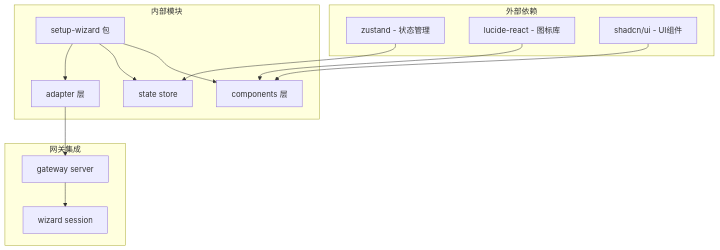
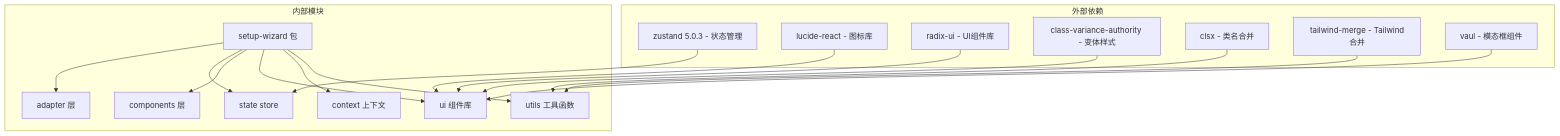
The seventh of 7 diagrams in .qoder/repowiki/zh/content/开发者指南/设置向导系统.md (verse-ai-org/openclaw), drawn with Mermaid before and after one commit. The commit also changed other lines of this file and 78 other files, not shown here.

````diff
--- a/.qoder/repowiki/zh/content/开发者指南/设置向导系统.md
+++ b/.qoder/repowiki/zh/content/开发者指南/设置向导系统.md
@@ -286,26 +378,34 @@
 ```mermaid
 graph TB
 subgraph "外部依赖"
-A[zustand - 状态管理]
+A[zustand 5.0.3 - 状态管理]
 B[lucide-react - 图标库]
-C[shadcn/ui - UI组件]
+C[radix-ui - UI组件库]
+D[class-variance-authority - 变体样式]
+E[clsx - 类名合并]
+F[tailwind-merge - Tailwind合并]
+G[vaul - 模态框组件]
 end
 subgraph "内部模块"
-D[setup-wizard 包]
-E[adapter 层]
-F[state store]
-G[components 层]
+H[setup-wizard 包]
+I[adapter 层]
+J[state store]
+K[components 层]
+L[ui 组件库]
+M[context 上下文]
+N[utils 工具函数]
 end
-subgraph "网关集成"
-H[gateway server]
-I[wizard session]
-end
-A --> F
-B --> G
-C --> G
-D --> E
-D --> F
-D --> G
-E --> H
+A --> J
+B --> L
+C --> L
+D --> L
+E --> N
+F --> N
+G --> L
 H --> I
+H --> J
+H --> K
+H --> L
+H --> M
+H --> N
 ```
````
